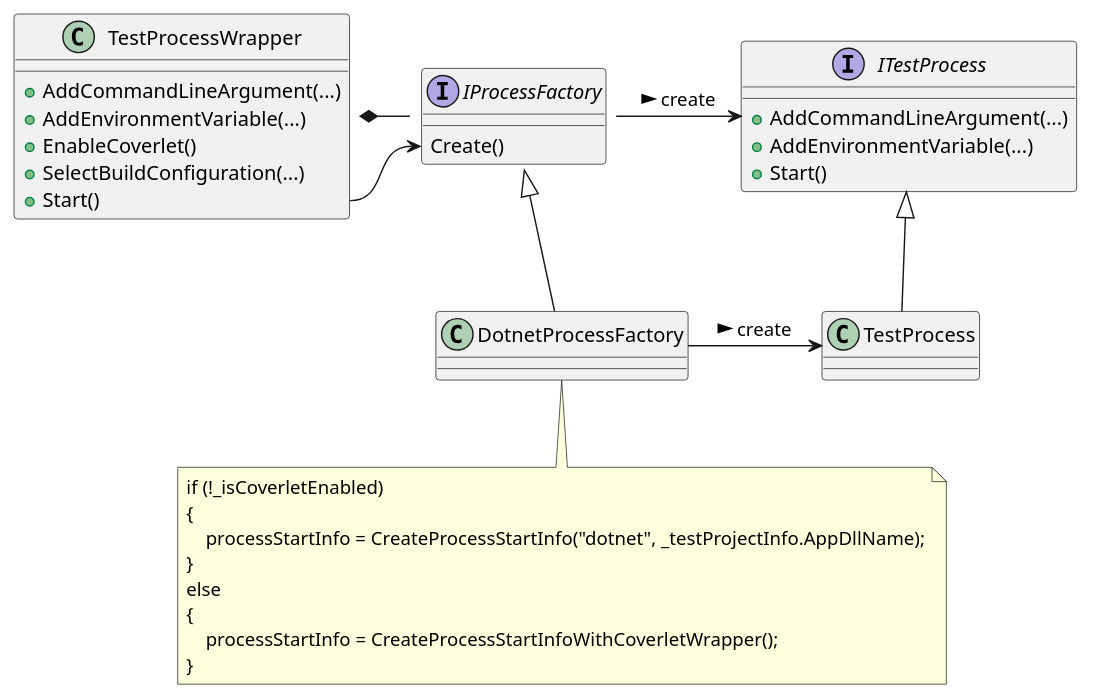
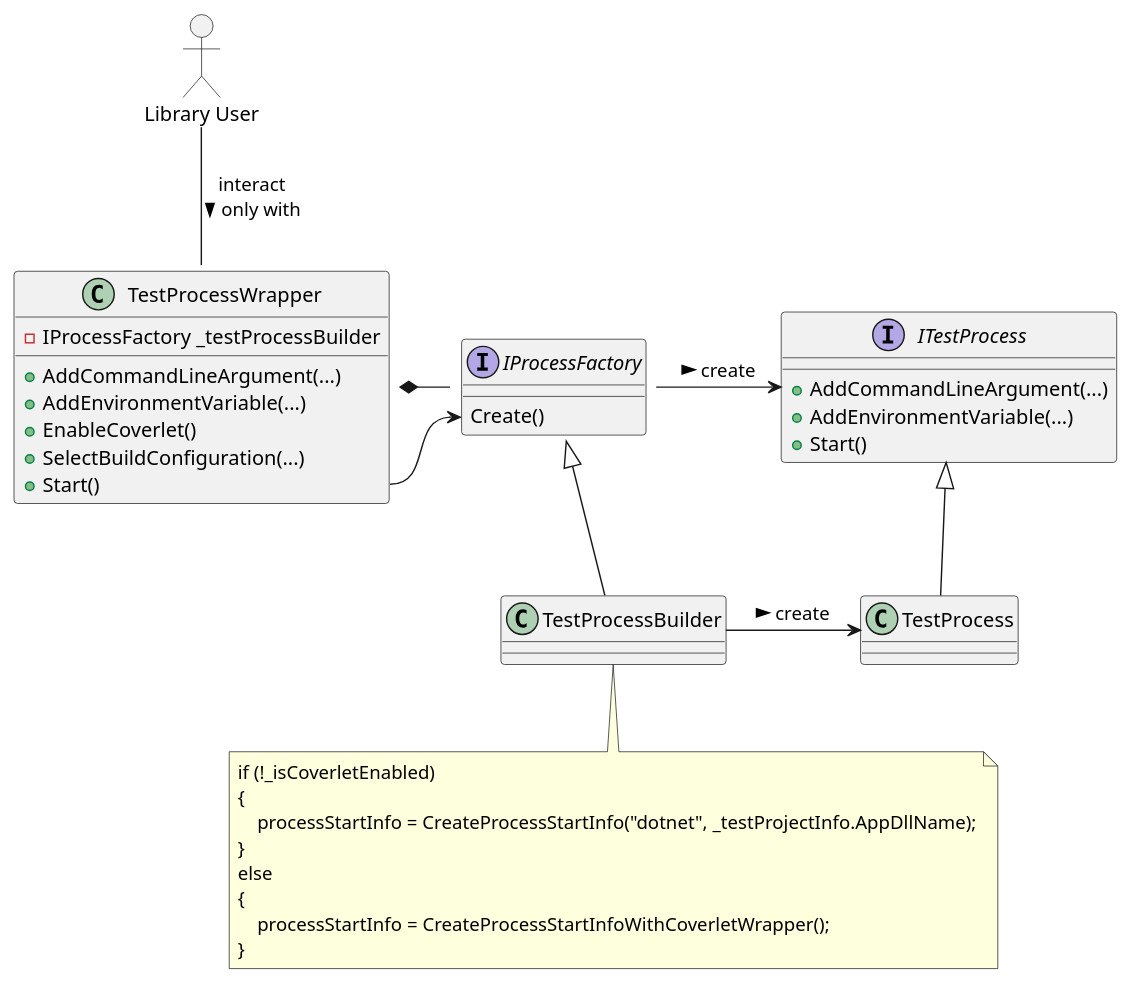
One commit to wonderbird/TestProcessWrapper changed the diagram in docs/current_create_process.puml. Above: the diagram before and after it, drawn with PlantUML. The commit also changed 4 other files, not shown here.

Commit message:
refactor: rename DotnetProcessFactory to TestProcessBuilder

```diff
--- a/docs/current_create_process.puml
+++ b/docs/current_create_process.puml
@@ -1,43 +1,50 @@
 @startuml
+allowmixing
+
+actor "Library User" as user
+
 class "TestProcessWrapper" as wrapper {
+  - IProcessFactory _testProcessBuilder
   + AddCommandLineArgument(...)
   + AddEnvironmentVariable(...)
   + EnableCoverlet()
   + SelectBuildConfiguration(...)
   + Start()
 }
 
-interface "IProcessFactory" as factory_if
-factory_if : Create()
+user -- wrapper : interact\nonly with >
 
-class "DotnetProcessFactory" as factory
+interface "IProcessFactory" as builder_if
+builder_if : Create()
+
+class "TestProcessBuilder" as builder
 
 interface "ITestProcess" as process_if {
   + AddCommandLineArgument(...)
   + AddEnvironmentVariable(...)
   + Start()
 }
 
 class "TestProcess" as process
 
-factory_if <|-- factory
+builder_if <|-- builder
 process_if <|-- process
 
-factory_if -> process_if :  create >
-factory -> process : create >
+builder_if -> process_if :  create >
+builder -> process : create >
 
-wrapper *- factory_if
+wrapper *- builder_if
 
-wrapper::Start --> factory_if::Create
+wrapper::Start --> builder_if::Create
 
-note bottom of factory
+note bottom of builder
 if (!_isCoverletEnabled)
 {
     processStartInfo = CreateProcessStartInfo("dotnet", _testProjectInfo.AppDllName);
 }
 else
 {
     processStartInfo = CreateProcessStartInfoWithCoverletWrapper();
 }
 end note
 @enduml
```
